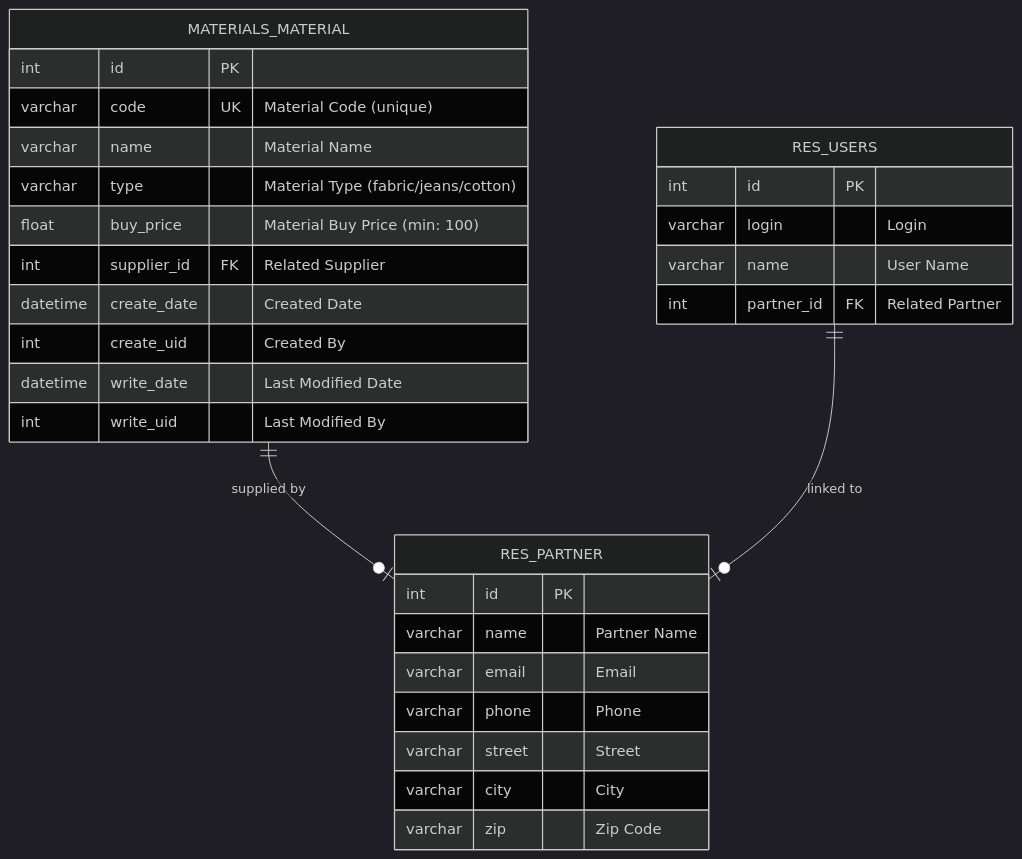
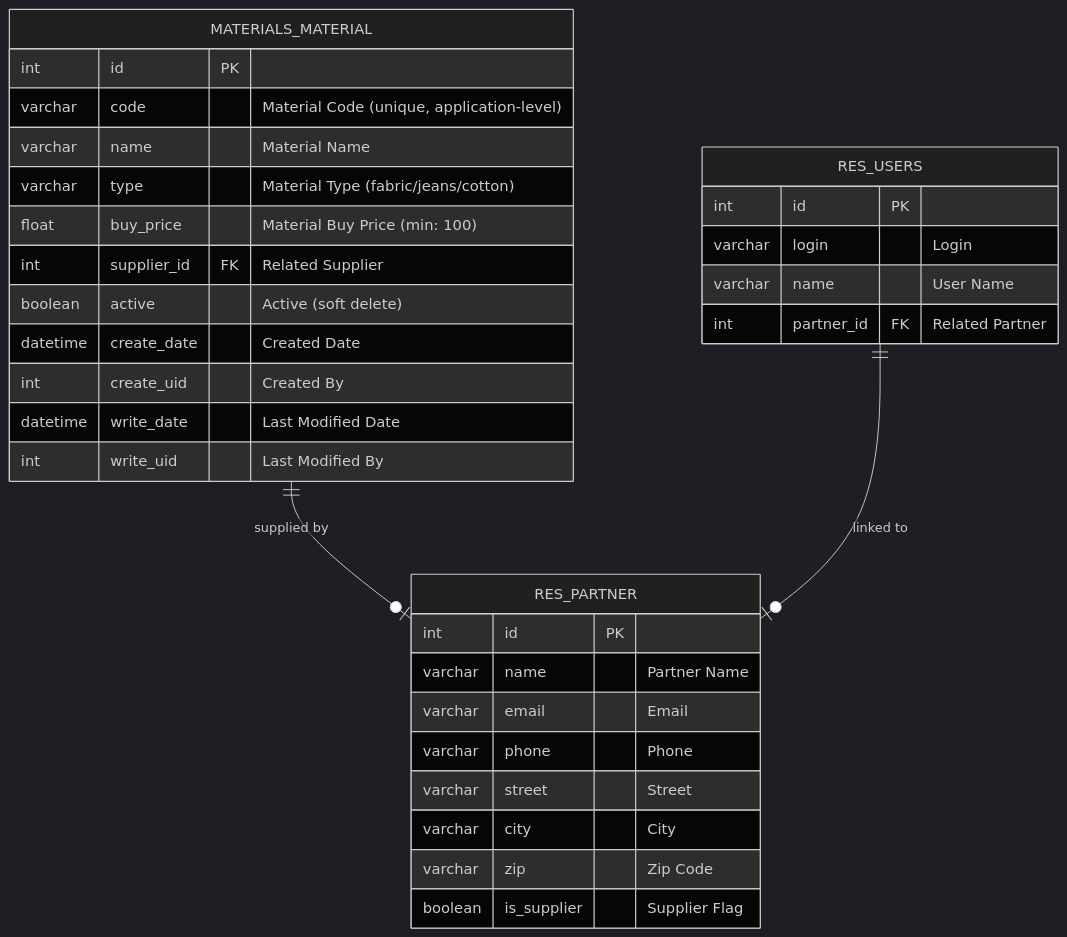
One commit to dalhaqq/odoo-materials-addon changed the diagram in docs/ERD.md. Above: the diagram before and after it, drawn with Mermaid (dark theme). The commit also changed other lines of this file, not shown here.

Commit message:
docs: update erd to include active status and supplier flag

````diff
--- a/docs/ERD.md
+++ b/docs/ERD.md
@@ -9,35 +9,37 @@
 ```mermaid
 erDiagram
     MATERIALS_MATERIAL {
         int id PK
-        varchar code UK "Material Code (unique)"
+        varchar code "Material Code (unique, application-level)"
         varchar name "Material Name"
         varchar type "Material Type (fabric/jeans/cotton)"
         float buy_price "Material Buy Price (min: 100)"
         int supplier_id FK "Related Supplier"
+        boolean active "Active (soft delete)"
         datetime create_date "Created Date"
         int create_uid "Created By"
         datetime write_date "Last Modified Date"
         int write_uid "Last Modified By"
     }
 
     RES_PARTNER {
         int id PK
         varchar name "Partner Name"
         varchar email "Email"
         varchar phone "Phone"
         varchar street "Street"
         varchar city "City"
         varchar zip "Zip Code"
+        boolean is_supplier "Supplier Flag"
     }
 
     RES_USERS {
         int id PK
         varchar login "Login"
         varchar name "User Name"
         int partner_id FK "Related Partner"
     }
 
     MATERIALS_MATERIAL ||--o| RES_PARTNER : "supplied by"
     RES_USERS ||--o| RES_PARTNER : "linked to"
 ```
````
